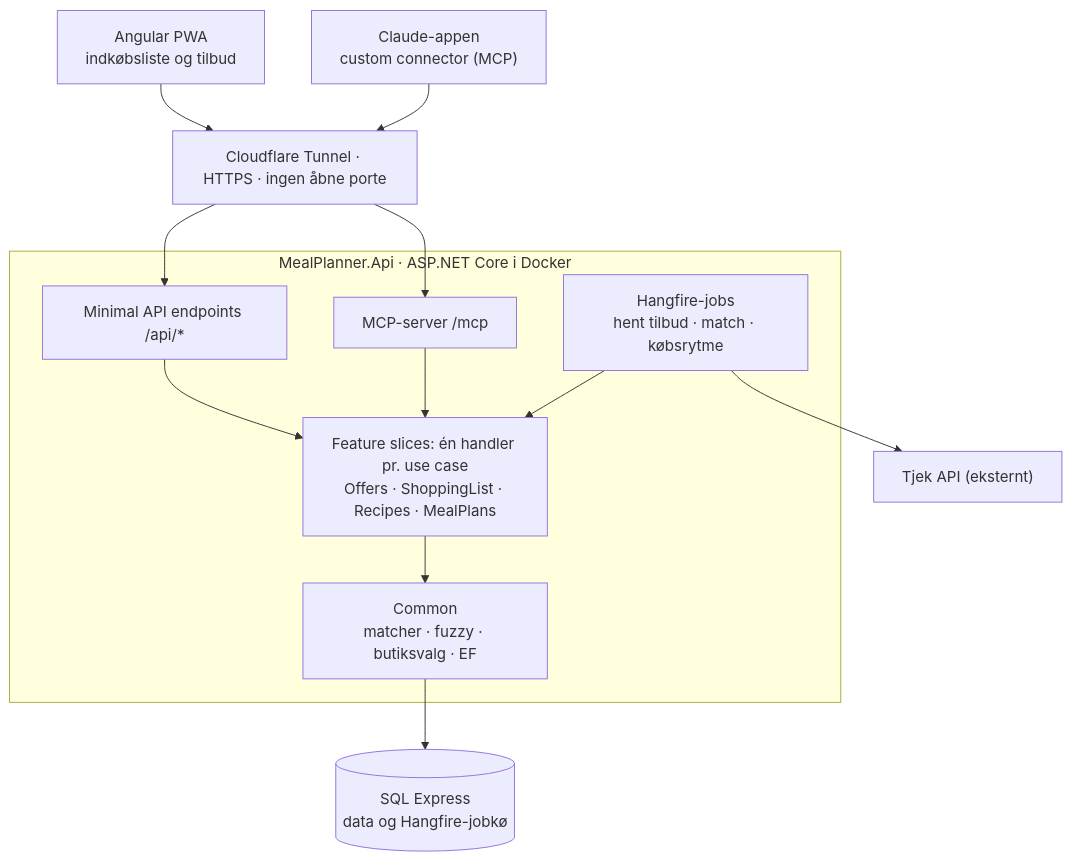
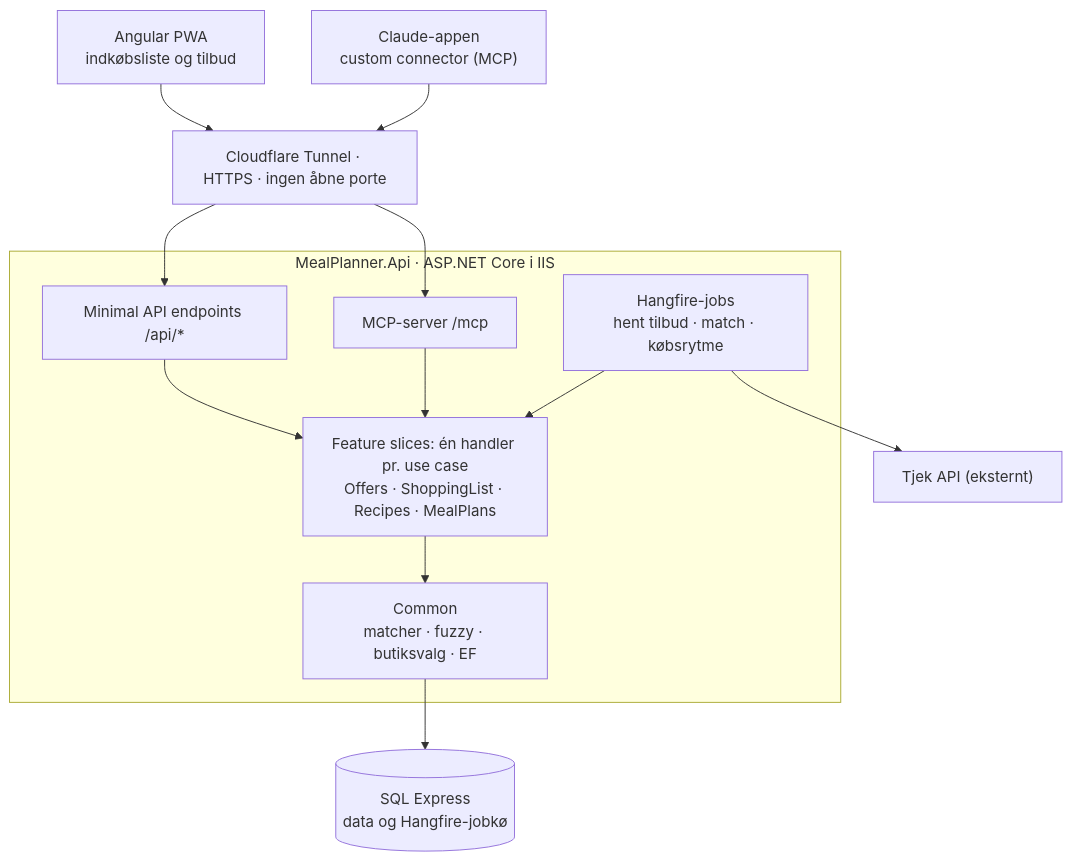
The diagram in SPEC.md (marccreutzberg/MealPlanner), drawn with Mermaid before and after one commit. The commit also changed other lines of this file and 9 other files, not shown here.

First line of the commit message:
Host in IIS against the existing SQL Server instead of Docker

````diff
--- a/SPEC.md
+++ b/SPEC.md
@@ -146,17 +146,17 @@
 ```mermaid
 flowchart TB
   PWA["Angular PWA<br/>indkøbsliste og tilbud"] --> CF
   CL["Claude-appen<br/>custom connector (MCP)"] --> CF
   CF["Cloudflare Tunnel · HTTPS · ingen åbne porte"]
-  subgraph API["MealPlanner.Api · ASP.NET Core i Docker"]
+  subgraph API["MealPlanner.Api · ASP.NET Core i IIS"]
     EP["Minimal API endpoints /api/*"] --> SL
     MCP["MCP-server /mcp"] --> SL
     SL["Feature slices: én handler pr. use case<br/>Offers · ShoppingList · Recipes · MealPlans"]
     SL --> CO["Common<br/>matcher · fuzzy · butiksvalg · EF"]
     HF["Hangfire-jobs<br/>hent tilbud · match · købsrytme"] --> SL
   end
   CF --> EP
   CF --> MCP
   CO --> DB[("SQL Express<br/>data og Hangfire-jobkø")]
   HF --> TJ["Tjek API (eksternt)"]
 ```
````
